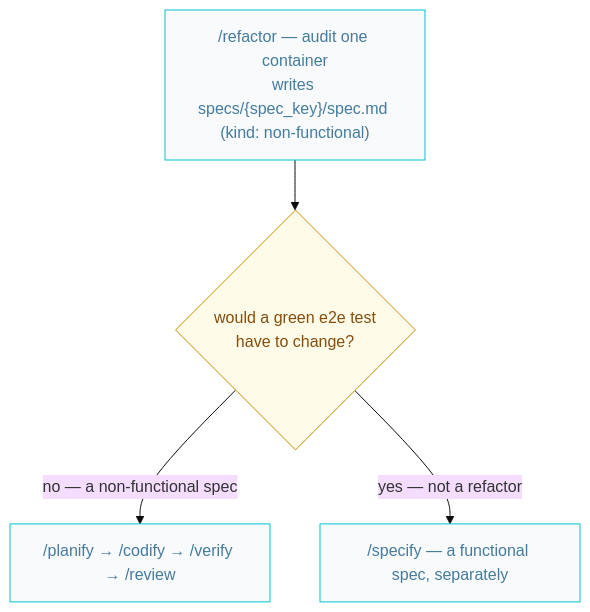
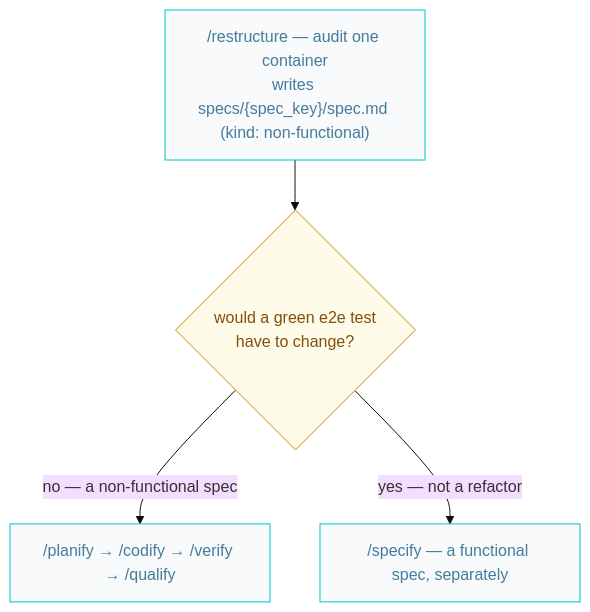
The eighth of 10 diagrams in docs/AIDD.workflow.md (AIDDbot/AIDDbot), drawn with Mermaid (base theme) before and after one commit. The commit also changed other lines of this file and 28 other files, not shown here.

````diff
--- a/docs/AIDD.workflow.md
+++ b/docs/AIDD.workflow.md
@@ -291,9 +291,9 @@
 ```mermaid
 flowchart TD
   classDef nd fill:#f8fafc,stroke:#00c4cc,color:#457b9d
   classDef q fill:#fefce8,stroke:#ca8a04,color:#854d0e
 
-  REF["/refactor — audit one container<br/>writes specs/{spec_key}/spec.md (kind: non-functional)"]:::nd --> Q{"would a green e2e test<br/>have to change?"}:::q
-  Q -->|"no — a non-functional spec"| PLN["/planify → /codify → /verify → /review"]:::nd
+  REF["/restructure — audit one container<br/>writes specs/{spec_key}/spec.md (kind: non-functional)"]:::nd --> Q{"would a green e2e test<br/>have to change?"}:::q
+  Q -->|"no — a non-functional spec"| PLN["/planify → /codify → /verify → /qualify"]:::nd
   Q -->|"yes — not a refactor"| SPC["/specify — a functional spec, separately"]:::nd
 ```
````
